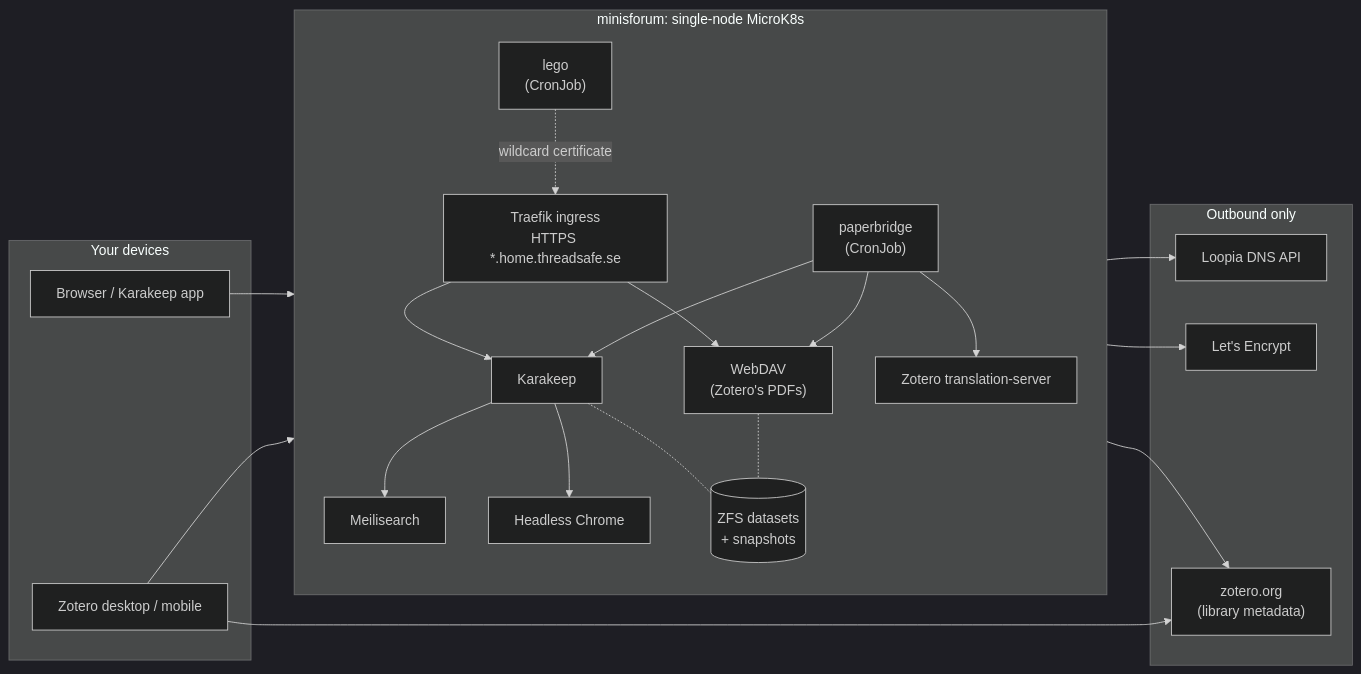
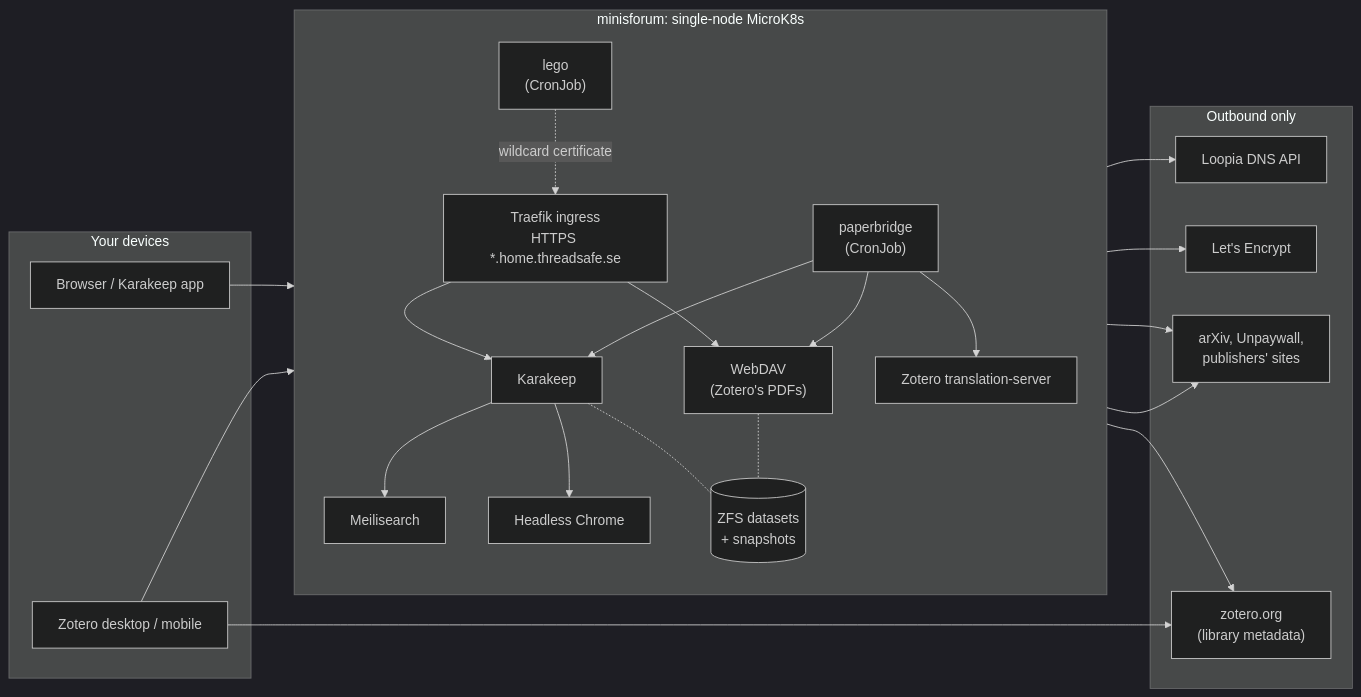
Before and after one commit to mufflon/HomeLab: the diagram in README.md, drawn with Mermaid (dark theme). The commit also changed other lines of this file and 4 other files, not shown here.

````diff
--- a/README.md
+++ b/README.md
@@ -46,43 +47,46 @@
 ```mermaid
 flowchart LR
   subgraph clients["Your devices"]
     browser["Browser / Karakeep app"]
     zotero["Zotero desktop / mobile"]
   end
 
   subgraph server["minisforum: single-node MicroK8s"]
     direction TB
     traefik["Traefik ingress<br/>HTTPS *.home.threadsafe.se"]
     karakeep["Karakeep"]
     dav["WebDAV<br/>(Zotero's PDFs)"]
     meili["Meilisearch"]
     chrome["Headless Chrome"]
     bridge["paperbridge<br/>(CronJob)"]
     ts["Zotero translation-server"]
     lego["lego<br/>(CronJob)"]
     zfs[("ZFS datasets<br/>+ snapshots")]
   end
 
   subgraph internet["Outbound only"]
     zoteroorg["zotero.org<br/>(library metadata)"]
+    papers["arXiv, Unpaywall,<br/>publishers' sites"]
     le["Let's Encrypt"]
     loopia["Loopia DNS API"]
   end
 
   browser --> traefik
   zotero --> traefik
   traefik --> karakeep
   traefik --> dav
   karakeep --> meili
   karakeep --> chrome
   bridge --> karakeep
   bridge --> dav
   bridge --> ts
   bridge --> zoteroorg
+  bridge --> papers
+  ts --> papers
   zotero --> zoteroorg
   lego --> le
   lego --> loopia
   lego -. "wildcard certificate" .-> traefik
   karakeep -.- zfs
   dav -.- zfs
 ```
````
